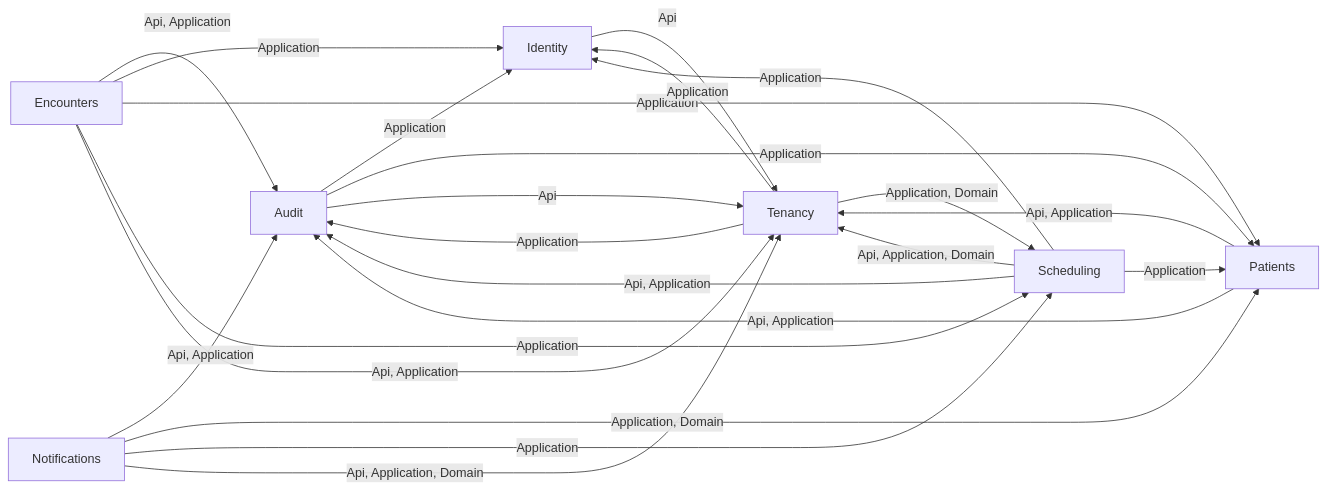
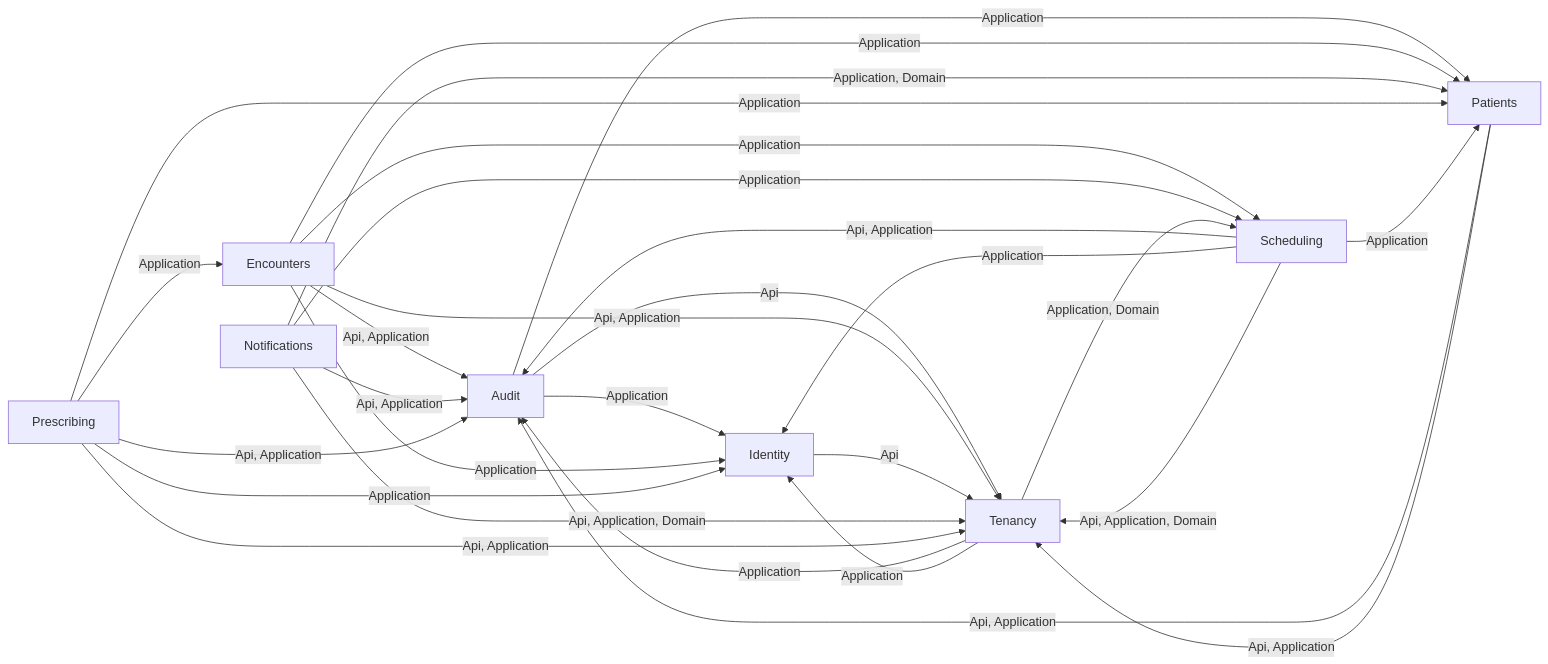
One commit to ALFRED-LUCIFER/medvya changed the second of 14 diagrams in docs/03-architecture/erd.md. Above: the diagram before and after it, drawn with Mermaid. The commit also changed other lines of this file and 98 other files, not shown here.

````diff
--- a/docs/03-architecture/erd.md
+++ b/docs/03-architecture/erd.md
@@ -55,25 +56,30 @@
 ```mermaid
 flowchart LR
   Audit -->|"Application"| Identity
   Audit -->|"Application"| Patients
   Audit -->|"Api"| Tenancy
   Encounters -->|"Api, Application"| Audit
   Encounters -->|"Application"| Identity
   Encounters -->|"Application"| Patients
   Encounters -->|"Application"| Scheduling
   Encounters -->|"Api, Application"| Tenancy
   Identity -->|"Api"| Tenancy
   Notifications -->|"Api, Application"| Audit
   Notifications -->|"Application, Domain"| Patients
   Notifications -->|"Application"| Scheduling
   Notifications -->|"Api, Application, Domain"| Tenancy
   Patients -->|"Api, Application"| Audit
   Patients -->|"Api, Application"| Tenancy
+  Prescribing -->|"Api, Application"| Audit
+  Prescribing -->|"Application"| Encounters
+  Prescribing -->|"Application"| Identity
+  Prescribing -->|"Application"| Patients
+  Prescribing -->|"Api, Application"| Tenancy
   Scheduling -->|"Api, Application"| Audit
   Scheduling -->|"Application"| Identity
   Scheduling -->|"Application"| Patients
   Scheduling -->|"Api, Application, Domain"| Tenancy
   Tenancy -->|"Application"| Audit
   Tenancy -->|"Application"| Identity
   Tenancy -->|"Application, Domain"| Scheduling
 ```
````
